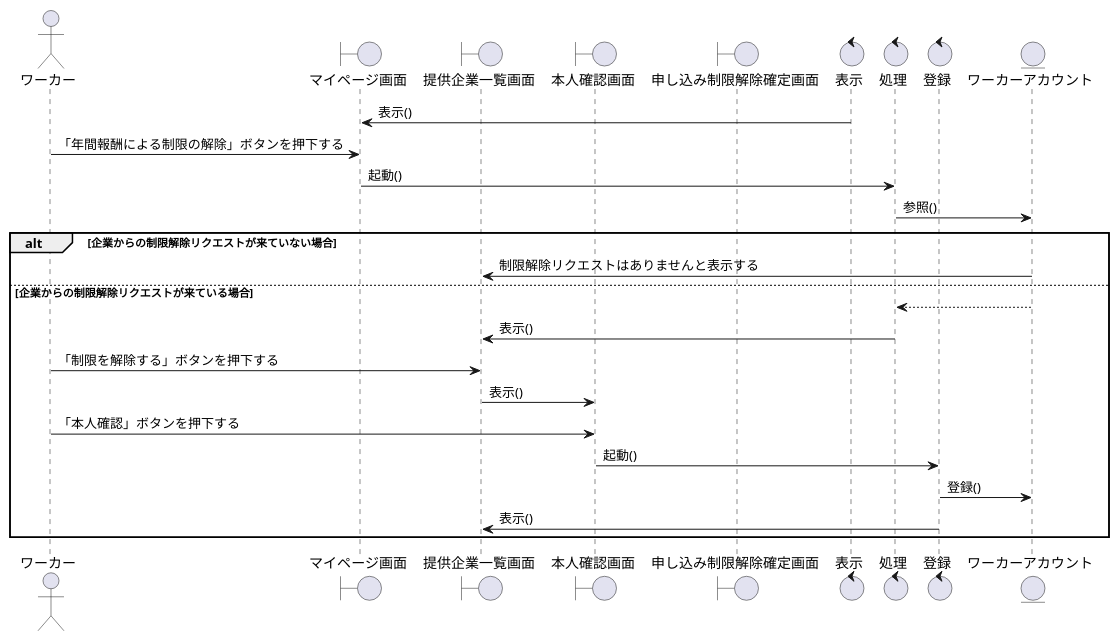
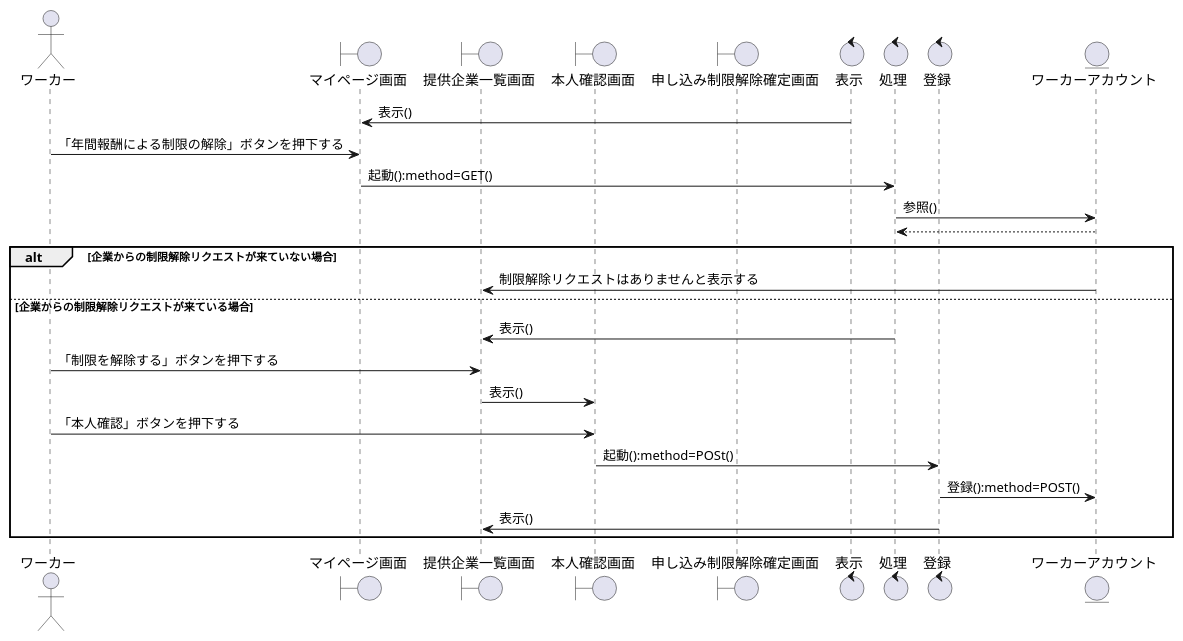
The diagram in sequence_fig/7_acconts_fn/15_年間報酬による制限を解除する.pu (irukacb256/high_Me), drawn with PlantUML before and after one commit. The commit also changed 13 other files, not shown here.

```diff
--- a/sequence_fig/7_acconts_fn/15_年間報酬による制限を解除する.pu
+++ b/sequence_fig/7_acconts_fn/15_年間報酬による制限を解除する.pu
@@ -1,36 +1,36 @@
 @startuml 年間報酬による制限を解除する
 
 actor ワーカー as wo1
 
 boundary マイページ画面 as bo1
 boundary 提供企業一覧画面 as bo2
 boundary 本人確認画面 as bo3
 boundary 申し込み制限解除確定画面 as bo4
 
 control 表示 as co1
 control 処理 as co2
 control 登録 as co3
 
 entity ワーカーアカウント as en1
 
 co1 -> bo1:表示()
 wo1 -> bo1:「年間報酬による制限の解除」ボタンを押下する
-bo1 -> co2:起動()
+bo1 -> co2:起動():method=GET()
 co2 -> en1:参照()
+en1 --> co2
 alt 企業からの制限解除リクエストが来ていない場合
     en1 -> bo2:制限解除リクエストはありませんと表示する
 
 else 企業からの制限解除リクエストが来ている場合
-    en1 --> co2
     co2 -> bo2:表示()
 
     wo1 -> bo2:「制限を解除する」ボタンを押下する
     bo2 -> bo3:表示()
     wo1 -> bo3:「本人確認」ボタンを押下する
-    bo3 -> co3:起動()
-    co3 -> en1:登録()
+    bo3 -> co3:起動():method=POSt()
+    co3 -> en1:登録():method=POST()
     co3 -> bo2:表示()
 
 end
 
 @enduml
```
